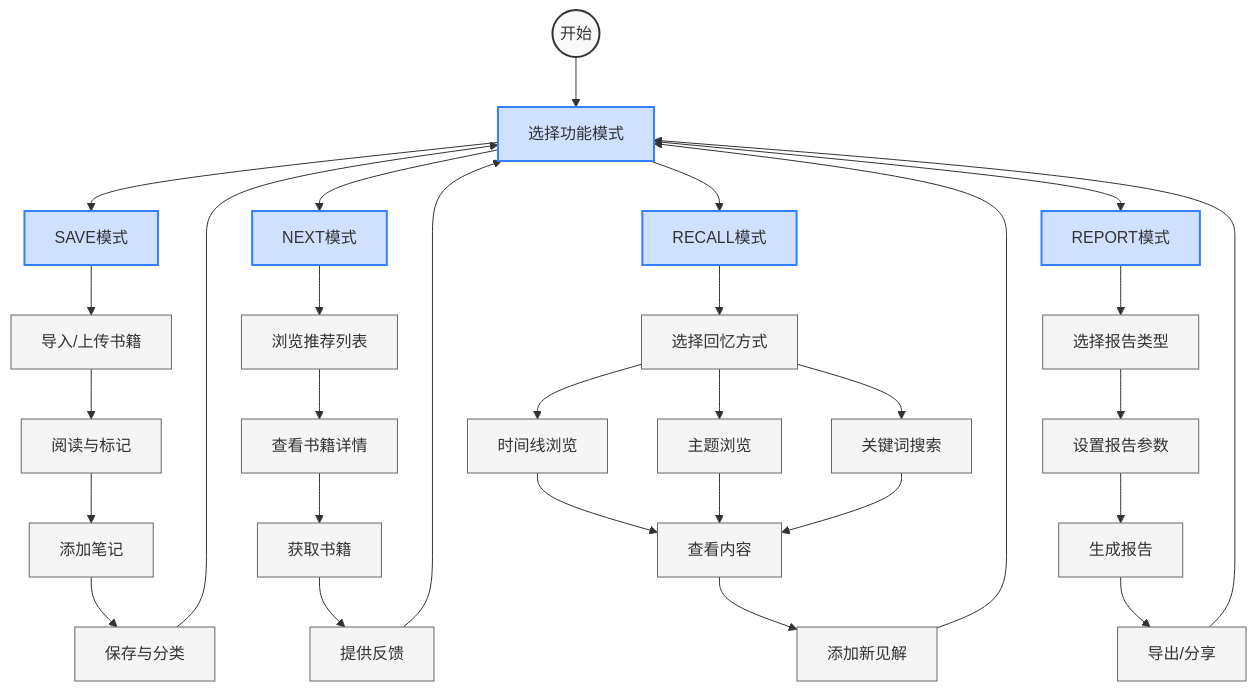
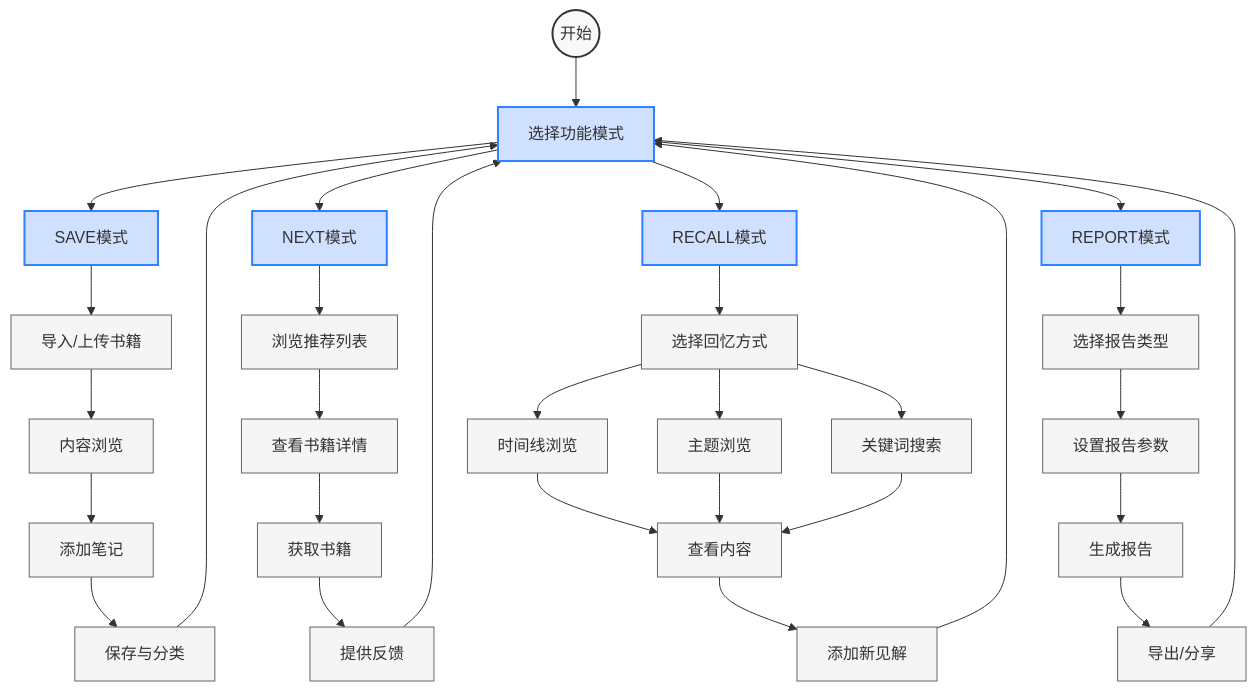
The tenth of 19 diagrams in MyStartups/NextBook/README.md (EnigmaWU/MyLLM_Arena), drawn with Mermaid before and after one commit. The commit also changed other lines of this file, not shown here.

````diff
--- a/MyStartups/NextBook/README.md
+++ b/MyStartups/NextBook/README.md
@@ -549,42 +550,42 @@
 ```mermaid
 graph TD
     Start((开始)) --> Mode[选择功能模式]
     Mode --> Save[SAVE模式]
     Mode --> Next[NEXT模式]
     Mode --> Recall[RECALL模式]
     Mode --> Report[REPORT模式]
     
     Save --> S1[导入/上传书籍]
-    S1 --> S2[阅读与标记]
+    S1 --> S2[内容浏览]
     S2 --> S3[添加笔记]
     S3 --> S4[保存与分类]
     S4 --> Mode
     
     Next --> N1[浏览推荐列表]
     N1 --> N2[查看书籍详情]
     N2 --> N3[获取书籍]
     N3 --> N4[提供反馈]
     N4 --> Mode
     
     Recall --> R1[选择回忆方式]
     R1 --> R2a[时间线浏览]
     R1 --> R2b[主题浏览]
     R1 --> R2c[关键词搜索]
     R2a & R2b & R2c --> R3[查看内容]
     R3 --> R4[添加新见解]
     R4 --> Mode
     
     Report --> P1[选择报告类型]
     P1 --> P2[设置报告参数]
     P2 --> P3[生成报告]
     P3 --> P4[导出/分享]
     P4 --> Mode
     
     classDef start fill:#f9f9f9,stroke:#333,stroke-width:2px
     classDef mode fill:#d0e0ff,stroke:#3080ff,stroke-width:2px
     classDef operation fill:#f5f5f5,stroke:#666
     
     class Start start
     class Mode,Save,Next,Recall,Report mode
     class S1,S2,S3,S4,N1,N2,N3,N4,R1,R2a,R2b,R2c,R3,R4,P1,P2,P3,P4 operation
 ```
````
